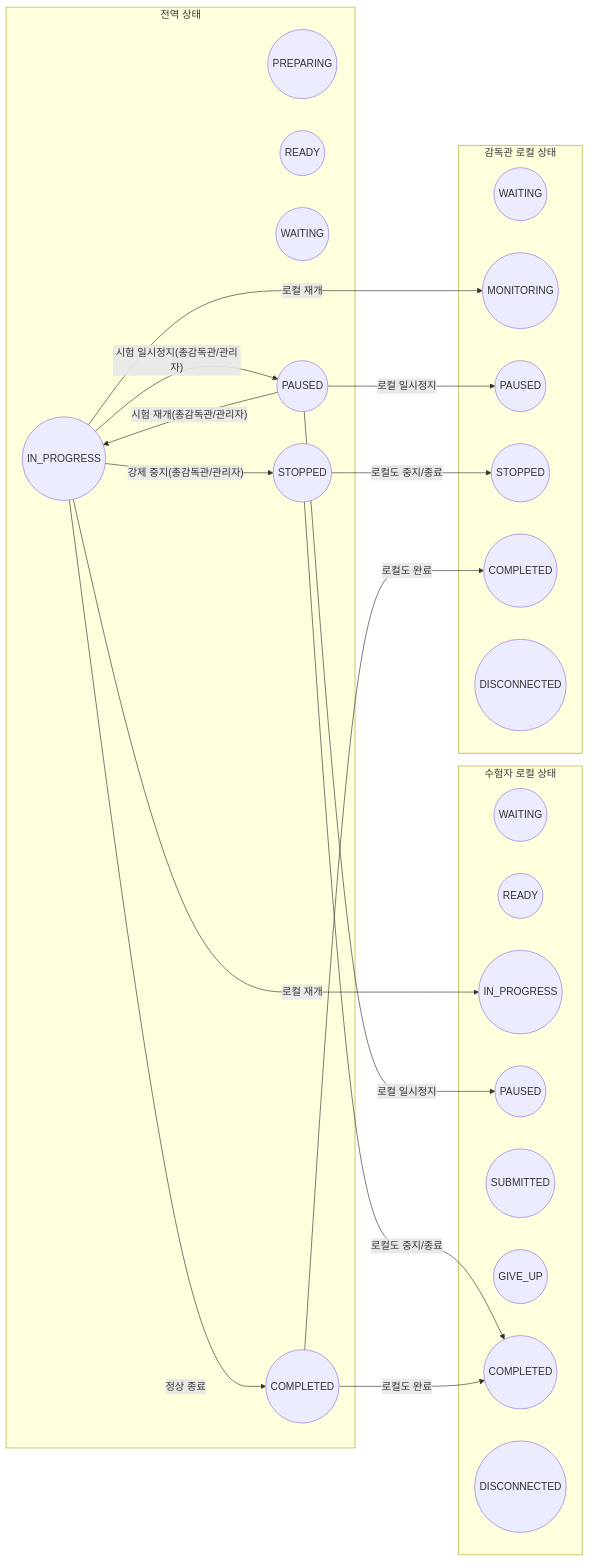
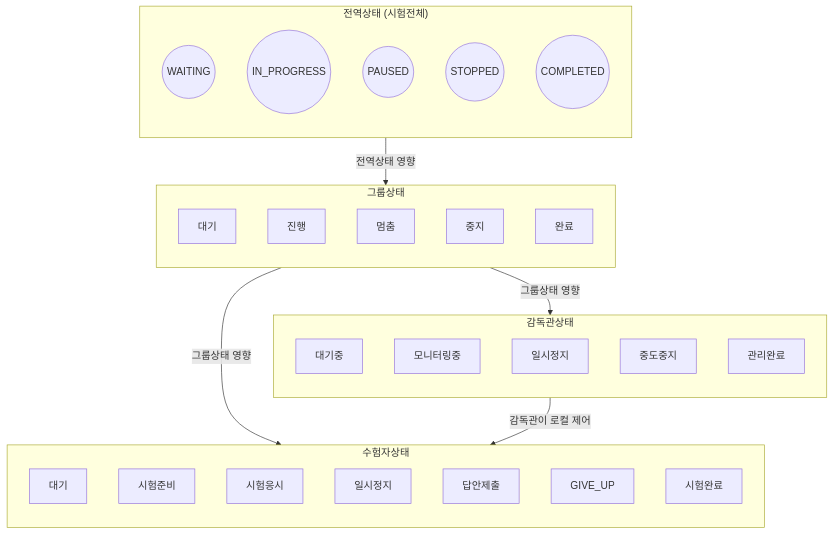
The fifth of 5 diagrams in 시나리오/상태/상태 명세서.md (ldmrepo/exam-arch), drawn with Mermaid before and after one commit. The commit also changed other lines of this file, not shown here.

````diff
--- a/시나리오/상태/상태 명세서.md
+++ b/시나리오/상태/상태 명세서.md
@@ -149,47 +199,60 @@
 ```mermaid
-flowchart LR
-    %% 전역 상태 노드
-    subgraph Global[전역 상태]
-      G_PREPARING((PREPARING))
-      G_READY((READY))
-      G_WAITING((WAITING))
-      G_INPROGRESS((IN_PROGRESS))
-      G_PAUSED((PAUSED))
-      G_STOPPED((STOPPED))
-      G_COMPLETED((COMPLETED))
+flowchart TB
+    %% -----------------------
+    %% 전역 상태
+    %% -----------------------
+    subgraph Global["전역상태 (시험전체)"]
+        direction TB
+        G_WAITING((WAITING))
+        G_INPROGRESS((IN_PROGRESS))
+        G_PAUSED((PAUSED))
+        G_STOPPED((STOPPED))
+        G_COMPLETED((COMPLETED))
     end
 
-    %% 로컬 상태 노드(수험자·감독관)
-    subgraph Local_Examinee[수험자 로컬 상태]
-      E_WAITING((WAITING))
-      E_READY((READY))
-      E_INPROGRESS((IN_PROGRESS))
-      E_PAUSED((PAUSED))
-      E_SUBMITTED((SUBMITTED))
-      E_GIVEUP((GIVE_UP))
-      E_COMPLETED((COMPLETED))
-      E_DISCONNECTED((DISCONNECTED))
+    %% -----------------------
+    %% 그룹 상태
+    %% -----------------------
+    subgraph Groups["그룹상태"]
+        direction TB
+        GR_WAIT[대기]
+        GR_RUN[진행]
+        GR_PAUSE[멈춤]
+        GR_STOP[중지]
+        GR_DONE[완료]
     end
 
-    subgraph Local_Supervisor[감독관 로컬 상태]
-      S_WAITING((WAITING))
-      S_MONITORING((MONITORING))
-      S_PAUSED((PAUSED))
-      S_STOPPED((STOPPED))
-      S_COMPLETED((COMPLETED))
-      S_DISCONNECTED((DISCONNECTED))
+    %% -----------------------
+    %% 감독관 상태
+    %% -----------------------
+    subgraph Supervisors["감독관상태"]
+        direction TB
+        S_WAIT[대기중]
+        S_MON[모니터링중]
+        S_PAUSE[일시정지]
+        S_STOP[중도중지]
+        S_DONE[관리완료]
     end
 
-    %% 전역 -> 로컬 영향 (예시 화살표)
-    G_INPROGRESS -- 시험 일시정지(총감독관/관리자) --> G_PAUSED
-    G_PAUSED -- 로컬 일시정지 --> E_PAUSED & S_PAUSED
+    %% -----------------------
+    %% 수험자 상태
+    %% -----------------------
+    subgraph Examinees["수험자상태"]
+        direction TB
+        E_WAIT[대기]
+        E_READY[시험준비]
+        E_RUN[시험응시]
+        E_PAUSE[일시정지]
+        E_SUB[답안제출]
+        E_GIVE[GIVE_UP]
+        E_DONE[시험완료]
+    end
 
-    G_PAUSED -- 시험 재개(총감독관/관리자) --> G_INPROGRESS
-    G_INPROGRESS -- 로컬 재개 --> E_INPROGRESS & S_MONITORING
-
-    G_INPROGRESS -- 강제 중지(총감독관/관리자) --> G_STOPPED
-    G_STOPPED -- 로컬도 중지/종료 --> E_COMPLETED & S_STOPPED
-
-    G_INPROGRESS -- 정상 종료 --> G_COMPLETED
-    G_COMPLETED -- 로컬도 완료 --> E_COMPLETED & S_COMPLETED
+    %% -----------------------
+    %% 연결관계(의존)
+    %% -----------------------
+    Global -- "전역상태 영향" --> Groups
+    Groups -- "그룹상태 영향" --> Supervisors
+    Groups -- "그룹상태 영향" --> Examinees
+    Supervisors -- "감독관이 로컬 제어" --> Examinees
 ```
````
